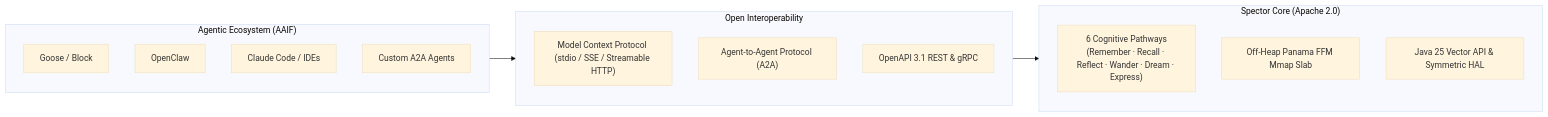
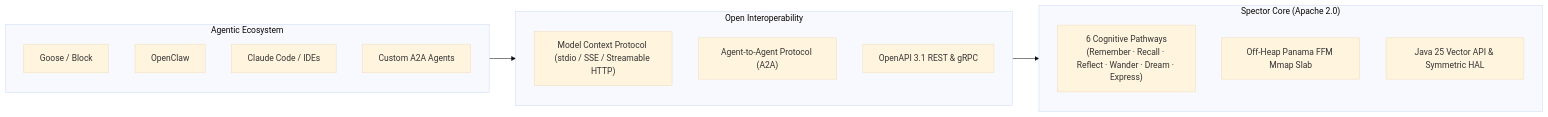
Before and after one commit to spectrayan/spector: the diagram in ROADMAP.md, drawn with Mermaid (base theme). The commit also changed other lines of this file and 39 other files, not shown here.

````diff
--- a/ROADMAP.md
+++ b/ROADMAP.md
@@ -12,24 +12,24 @@
 ```mermaid
 flowchart LR
-    subgraph AgenticEcosystem ["Agentic Ecosystem (AAIF)"]
+    subgraph AgenticEcosystem ["Agentic Ecosystem"]
         Goose["Goose / Block"]
         OpenClaw["OpenClaw"]
         ClaudeCode["Claude Code / IDEs"]
         CustomAgents["Custom A2A Agents"]
     end
 
     subgraph InteropLayer ["Open Interoperability"]
         MCP["Model Context Protocol (stdio / SSE / Streamable HTTP)"]
         A2A["Agent-to-Agent Protocol (A2A)"]
         OpenAPI["OpenAPI 3.1 REST & gRPC"]
     end
 
     subgraph SpectorCore ["Spector Core (Apache 2.0)"]
         Pathways["6 Cognitive Pathways\n(Remember · Recall · Reflect · Wander · Dream · Express)"]
         Kernel["Off-Heap Panama FFM Mmap Slab"]
         SIMD["Java 25 Vector API & Symmetric HAL"]
     end
 
     AgenticEcosystem --> InteropLayer
     InteropLayer --> SpectorCore
 ```
````
